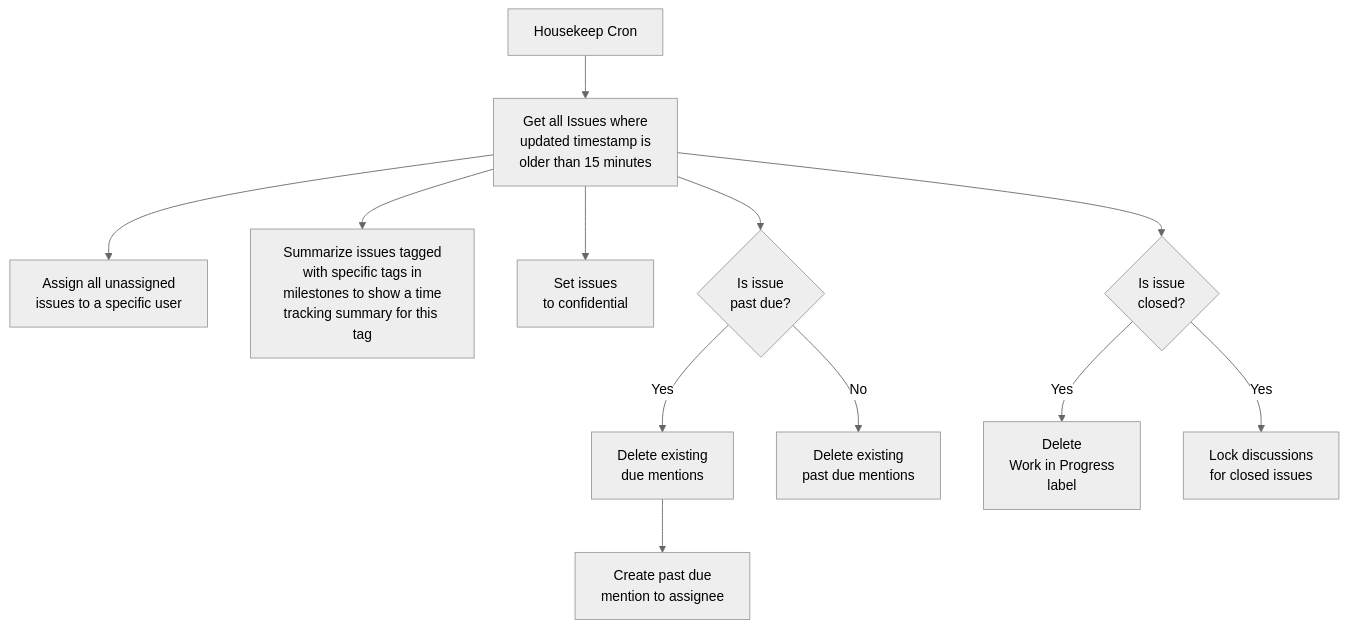
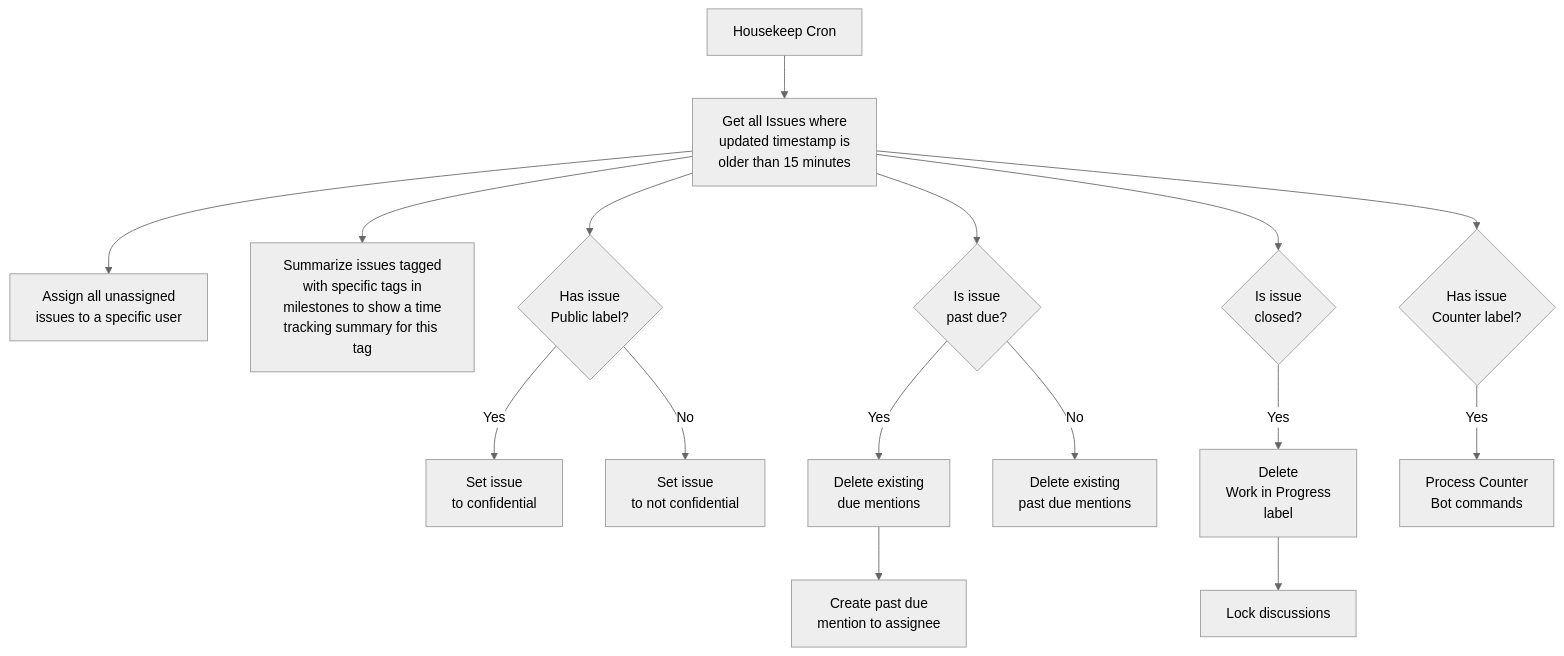
Before and after one commit to perryflynn/taskomat: the first of 2 diagrams in README.md, drawn with Mermaid (neutral theme). The commit also changed other lines of this file, not shown here.

````diff
--- a/README.md
+++ b/README.md
@@ -26,14 +33,18 @@
 ```mermaid
 graph TD
     hk[Housekeep Cron] --> issues[Get all Issues where<br>updated timestamp is<br>older than 15 minutes]
     issues --> assign[Assign all unassigned<br>issues to a specific user]
     issues --> milestone[Summarize issues tagged<br>with specific tags in<br>milestones to show a time<br>tracking summary for this tag]
-    issues --> confidential[Set issues<br>to confidential]
+    issues --> ispublic{Has issue<br>Public label?}
+    ispublic -->|Yes| confidential[Set issue<br>to confidential]
+    ispublic -->|No| noconfidential[Set issue<br>to not confidential]
     issues --> isdue{Is issue<br>past due?}
     isdue -->|Yes| delduemsg2[Delete existing<br>due mentions]
     issues --> isclosed{Is issue<br>closed?}
     isclosed -->|Yes| delwip[Delete<br>Work in Progress<br>label]
-    isclosed --> |Yes| lock[Lock discussions<br>for closed issues]
+    delwip --> lock[Lock discussions]
     delduemsg2 --> addue[Create past due<br>mention to assignee]
     isdue -->|No| delduemsg[Delete existing<br>past due mentions]
+    issues --> iscounter{Has issue<br>Counter label?}
+    iscounter -->|Yes| countit[Process Counter<br>Bot commands]
 ```
````
